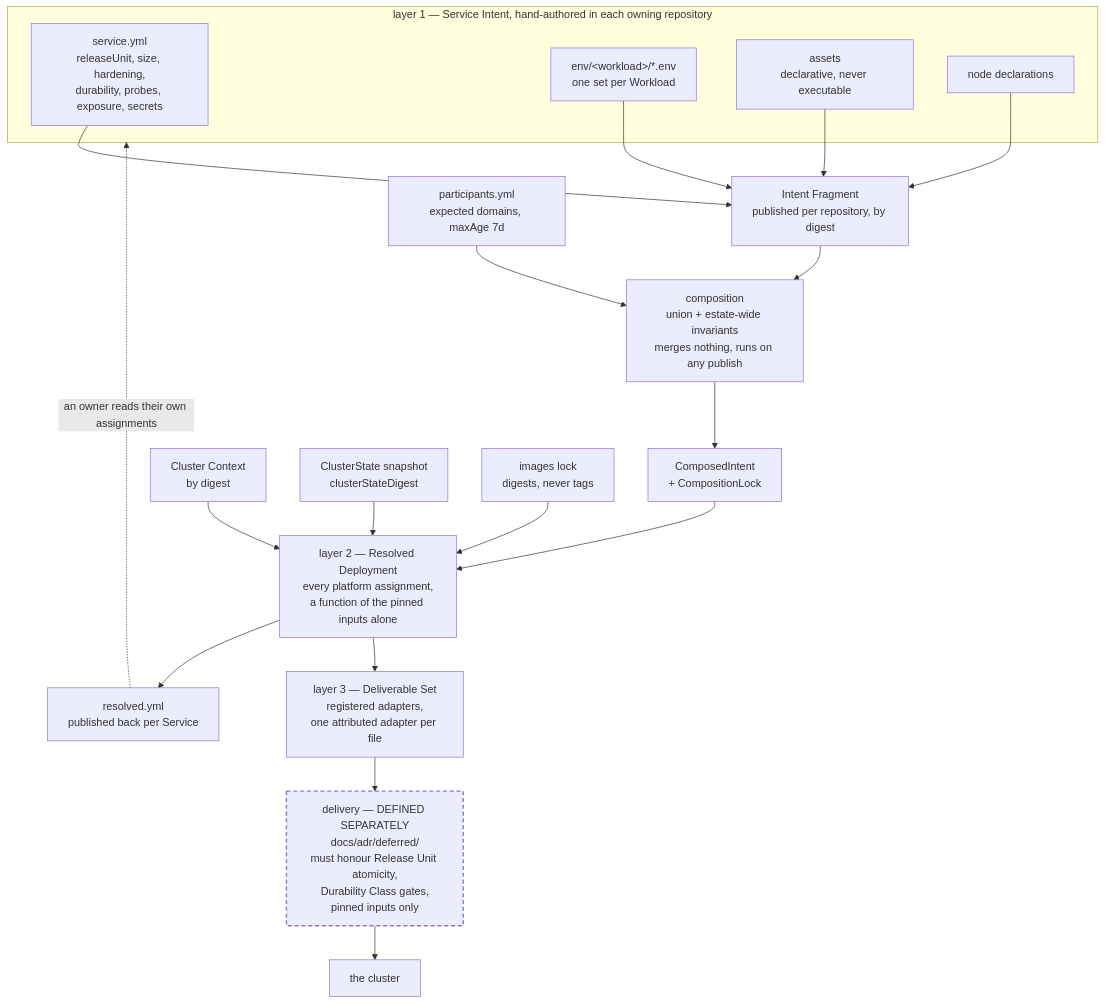
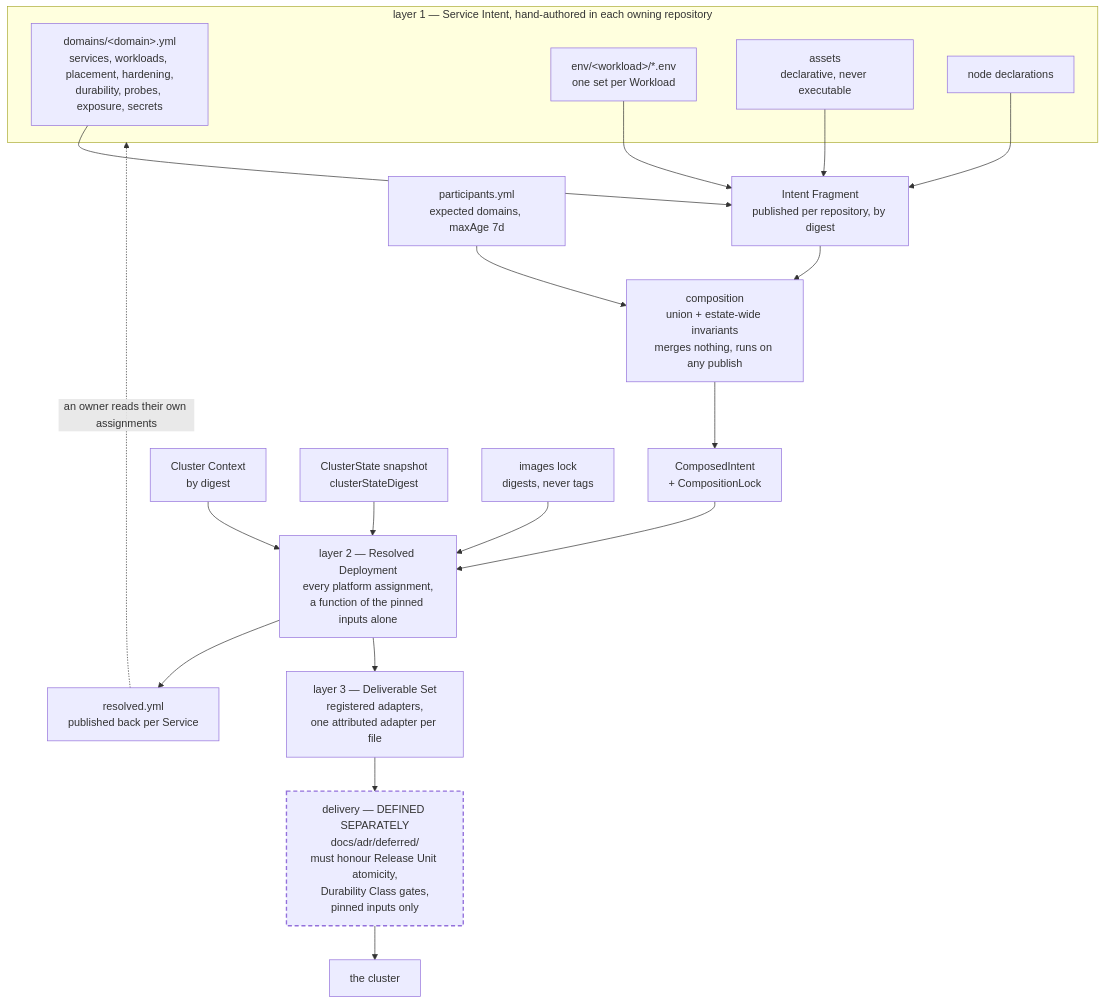
One commit to JorisJonkers-dev/deploy-kit changed the diagram in spec/v1/00-overview.md. Above: the diagram before and after it, drawn with Mermaid. The commit also changed other lines of this file and 43 other files, not shown here.

First line of the commit message:
feat!: placement dimensions and one intent file per domain (#9)

````diff
--- a/spec/v1/00-overview.md
+++ b/spec/v1/00-overview.md
@@ -108,34 +108,34 @@
 ```mermaid
 flowchart TB
     subgraph AUTH["layer 1 — Service Intent, hand-authored in each owning repository"]
-        a1["service.yml<br/>releaseUnit, size, hardening,<br/>durability, probes, exposure, secrets"]
+        a1["domains/&lt;domain&gt;.yml<br/>services, workloads, placement, hardening,<br/>durability, probes, exposure, secrets"]
         a2["env/&lt;workload&gt;/*.env<br/>one set per Workload"]
         a3["assets<br/>declarative, never executable"]
         a4["node declarations"]
     end
 
     a1 --> FR["Intent Fragment<br/>published per repository, by digest"]
     a2 --> FR
     a3 --> FR
     a4 --> FR
 
     FR --> CO["composition<br/>union + estate-wide invariants<br/>merges nothing, runs on any publish"]
     PAR["participants.yml<br/>expected domains, maxAge 7d"] --> CO
     CO --> CI["ComposedIntent<br/>+ CompositionLock"]
 
     CI --> RES["layer 2 — Resolved Deployment<br/>every platform assignment,<br/>a function of the pinned inputs alone"]
     CTX["Cluster Context<br/>by digest"] --> RES
     CS["ClusterState snapshot<br/>clusterStateDigest"] --> RES
     IL["images lock<br/>digests, never tags"] --> RES
 
     RES --> RS["resolved.yml<br/>published back per Service"]
     RES --> DS["layer 3 — Deliverable Set<br/>registered adapters,<br/>one attributed adapter per file"]
 
     DS --> DEL["delivery — DEFINED SEPARATELY<br/>docs/adr/deferred/<br/>must honour Release Unit atomicity,<br/>Durability Class gates,<br/>pinned inputs only"]
     DEL --> K["the cluster"]
 
     RS -.->|"an owner reads their own assignments"| AUTH
 
     classDef separate stroke-width:2px,stroke-dasharray:6 4;
     class DEL separate;
 ```
````
